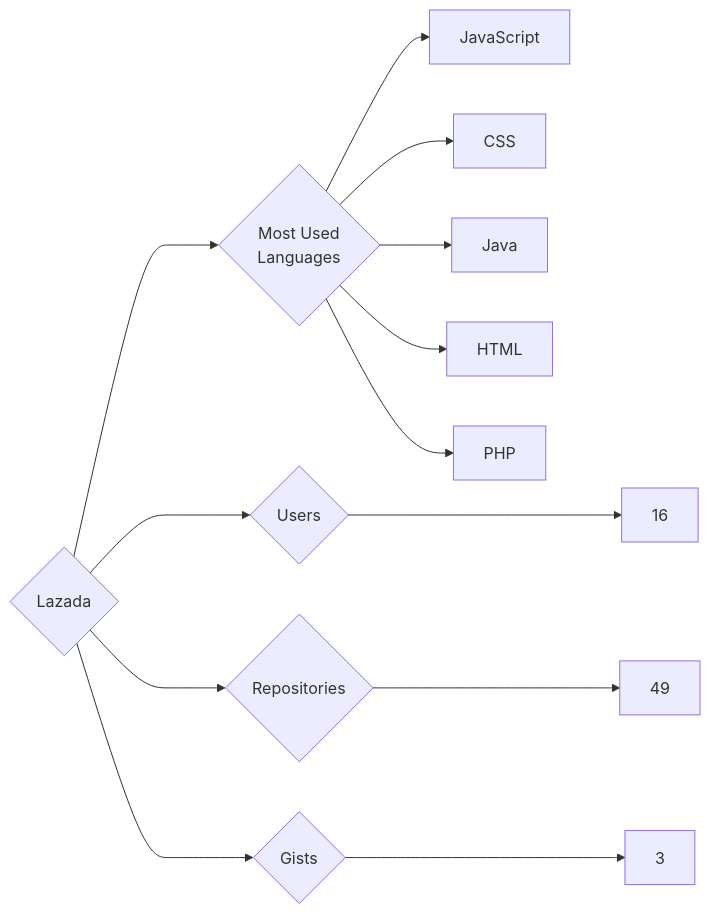
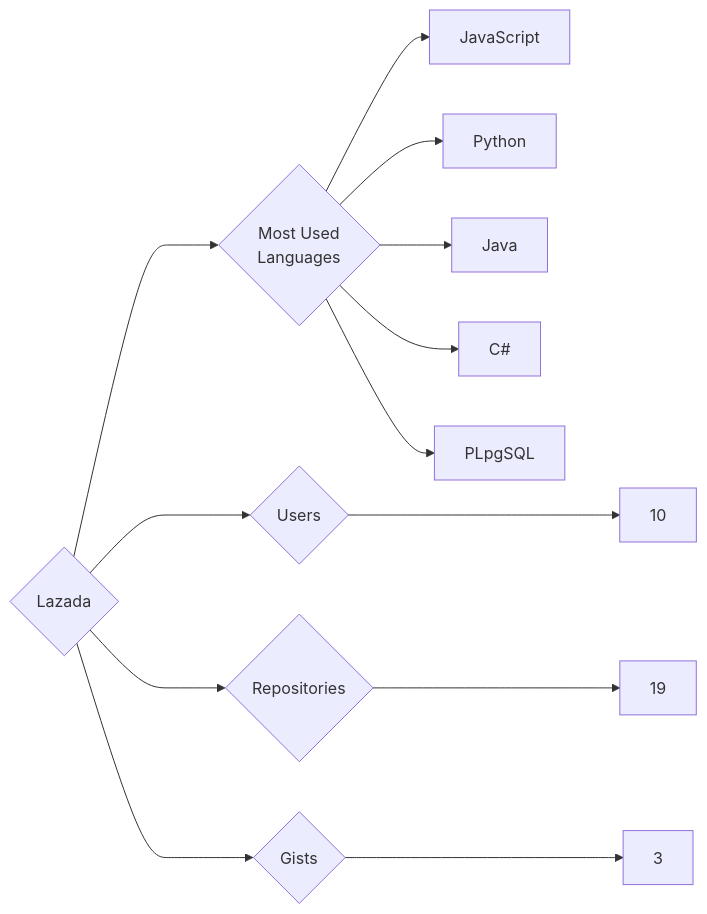
One commit to trickest/insiders changed the diagram in targets/Lazada/README.md. Above: the diagram before and after it, drawn with Mermaid. The commit also changed 888 other files, not shown here.

````diff
--- a/targets/Lazada/README.md
+++ b/targets/Lazada/README.md
@@ -3,13 +3,13 @@
 ```mermaid
 graph LR
 COMPANY_NAME{Lazada}
-COMPANY_NAME ---> U{Users} ---> UN[16]
-COMPANY_NAME ---> R{Repositories} ---> RN[49]
+COMPANY_NAME ---> U{Users} ---> UN[10]
+COMPANY_NAME ---> R{Repositories} ---> RN[19]
 COMPANY_NAME ---> G{Gists} ---> GN[3]
 COMPANY_NAME ---> ML{Most Used<br>Languages}
 ML --> JavaScript[JavaScript]
-ML --> CSS[CSS]
+ML --> Python[Python]
 ML --> Java[Java]
-ML --> HTML[HTML]
-ML --> PHP[PHP]
+ML --> C#[C#]
+ML --> PLpgSQL[PLpgSQL]
 ```
````
